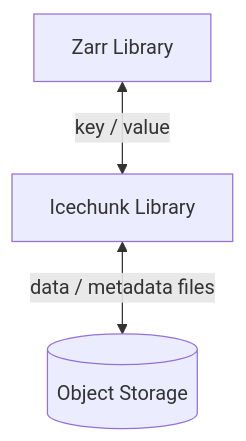
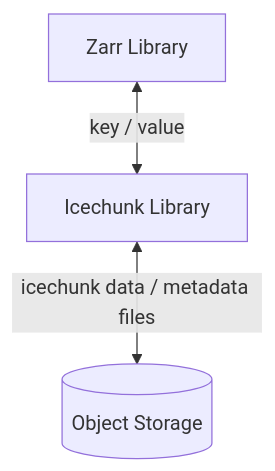
The second of 2 diagrams in docs/docs/faq.md (earth-mover/icechunk), drawn with Mermaid before and after one commit. The commit also changed other lines of this file and 1 other file, not shown here.

````diff
--- a/docs/docs/faq.md
+++ b/docs/docs/faq.md
@@ -68,5 +96,5 @@
-```mermaid
-flowchart TD
-    zarr-python[Zarr Library] <-- key / value--> icechunk[Icechunk Library]
-    icechunk <-- data / metadata files --> storage[(Object Storage)]
-```
+    ```mermaid
+    flowchart TD
+        zarr-python[Zarr Library] <-- key / value--> icechunk[Icechunk Library]
+        icechunk <-- icechunk data / metadata files --> storage[(Object Storage)]
+    ```
````
